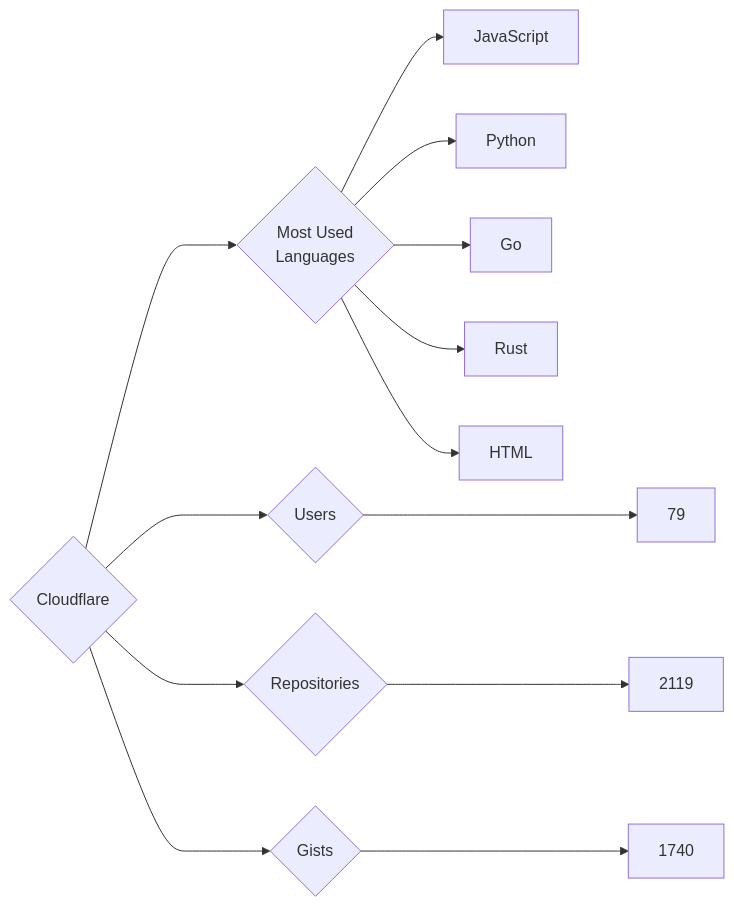
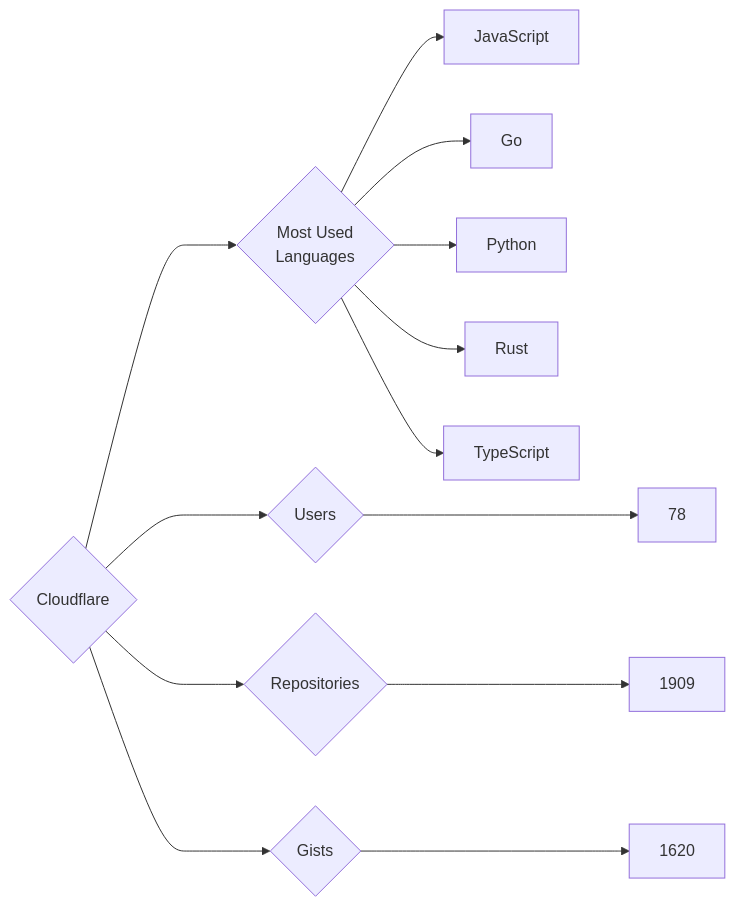
The diagram in targets/Cloudflare/README.md (trickest/insiders), drawn with Mermaid before and after one commit. The commit also changed 1314 other files, not shown here.

````diff
--- a/targets/Cloudflare/README.md
+++ b/targets/Cloudflare/README.md
@@ -3,13 +3,13 @@
 ```mermaid
 graph LR
 COMPANY_NAME{Cloudflare}
-COMPANY_NAME ---> U{Users} ---> UN[79]
-COMPANY_NAME ---> R{Repositories} ---> RN[2119]
-COMPANY_NAME ---> G{Gists} ---> GN[1740]
+COMPANY_NAME ---> U{Users} ---> UN[78]
+COMPANY_NAME ---> R{Repositories} ---> RN[1909]
+COMPANY_NAME ---> G{Gists} ---> GN[1620]
 COMPANY_NAME ---> ML{Most Used<br>Languages}
 ML --> JavaScript[JavaScript]
+ML --> Go[Go]
 ML --> Python[Python]
-ML --> Go[Go]
 ML --> Rust[Rust]
-ML --> HTML[HTML]
+ML --> TypeScript[TypeScript]
 ```
````
